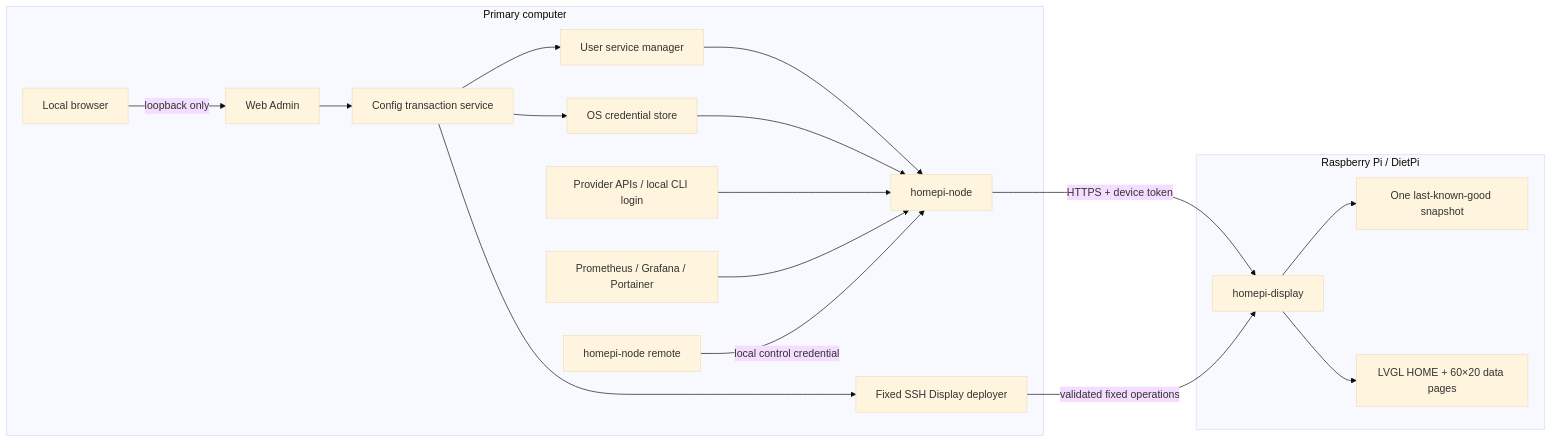
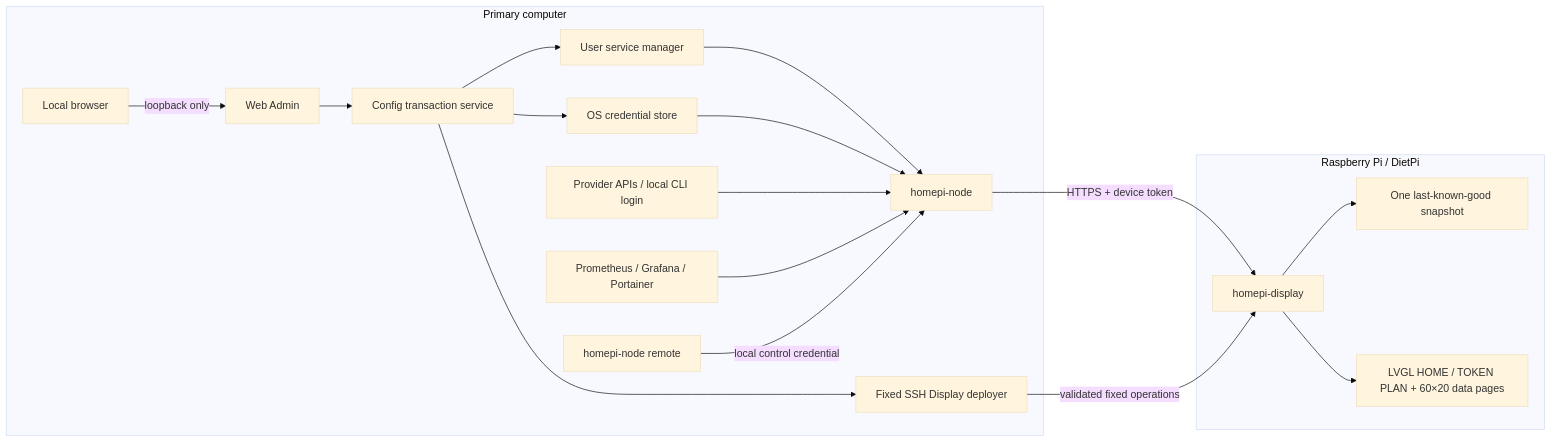
Before and after one commit to galendai/homepi-mon: the diagram in README.md, drawn with Mermaid (base theme). The commit also changed other lines of this file and 33 other files, not shown here.

First line of the commit message:
feat(display): redesign native token plan and API cards

````diff
--- a/README.md
+++ b/README.md
@@ -74,23 +74,23 @@
 ```mermaid
 flowchart LR
     subgraph Host["Primary computer"]
         Browser["Local browser"] -->|"loopback only"| Admin["Web Admin"]
         Admin --> Config["Config transaction service"]
         Config --> Secrets["OS credential store"]
         Config --> Service["User service manager"]
         Config --> Deploy["Fixed SSH Display deployer"]
         Service --> Node["homepi-node"]
         Secrets --> Node
         Providers["Provider APIs / local CLI login"] --> Node
         HomeLab["Prometheus / Grafana / Portainer"] --> Node
         Remote["homepi-node remote"] -->|"local control credential"| Node
     end
 
     subgraph Pi["Raspberry Pi / DietPi"]
         Display["homepi-display"] --> Cache["One last-known-good snapshot"]
-        Display --> GUI["LVGL HOME + 60×20 data pages"]
+        Display --> GUI["LVGL HOME / TOKEN PLAN + 60×20 data pages"]
     end
 
     Node -->|"HTTPS + device token"| Display
     Deploy -->|"validated fixed operations"| Display
 ```
````
